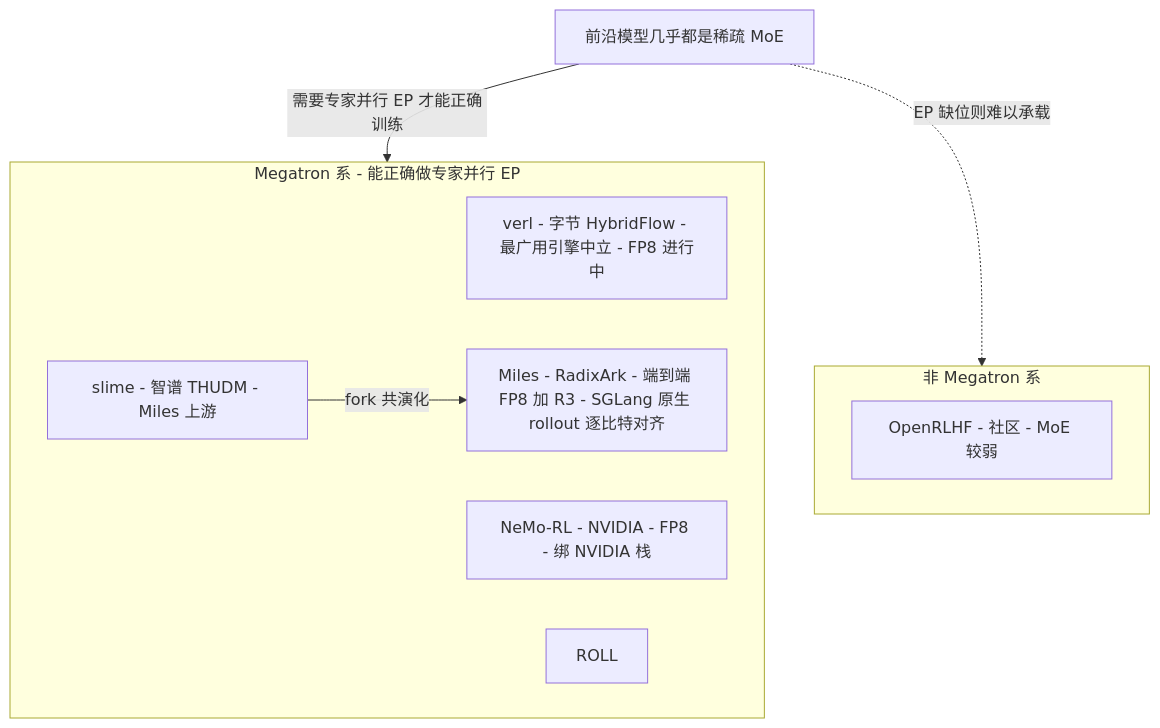
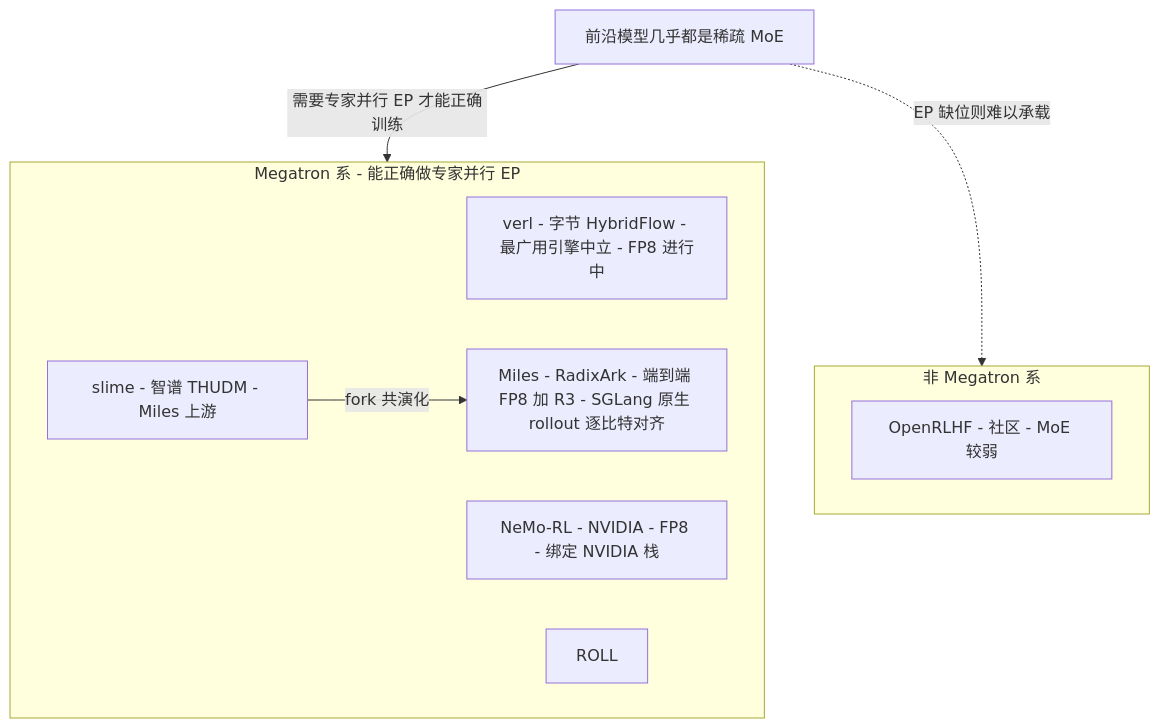
The fifth of 5 diagrams in docs/blog/dispatch-09-radixark-miles.md (lloo099/mission44), drawn with Mermaid before and after one commit. The commit also changed other lines of this file and 22 other files, not shown here.

````diff
--- a/docs/blog/dispatch-09-radixark-miles.md
+++ b/docs/blog/dispatch-09-radixark-miles.md
@@ -170,17 +170,17 @@
 ```mermaid
 flowchart TB
     subgraph MEGA ["Megatron 系 - 能正确做专家并行 EP"]
         VERL["verl - 字节 HybridFlow - 最广用引擎中立 - FP8 进行中"]
         SLIME["slime - 智谱 THUDM - Miles 上游"]
         MILES["Miles - RadixArk - 端到端 FP8 加 R3 - SGLang 原生 rollout 逐比特对齐"]
-        NEMO["NeMo-RL - NVIDIA - FP8 - 绑 NVIDIA 栈"]
+        NEMO["NeMo-RL - NVIDIA - FP8 - 绑定 NVIDIA 栈"]
         ROLL["ROLL"]
     end
     subgraph NONMEGA ["非 Megatron 系"]
         ORLHF["OpenRLHF - 社区 - MoE 较弱"]
     end
     SLIME -->|"fork 共演化"| MILES
     FRONT["前沿模型几乎都是稀疏 MoE"]
     FRONT -->|"需要专家并行 EP 才能正确训练"| MEGA
     FRONT -. "EP 缺位则难以承载" .-> NONMEGA
 ```
````
